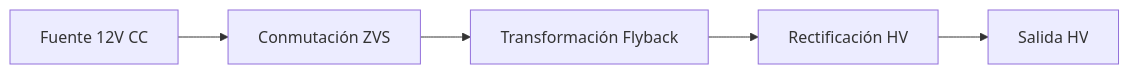
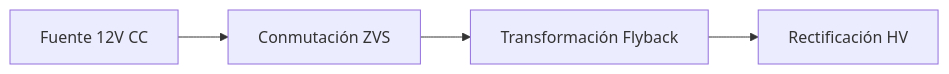
One commit to wabohorquezr/PEM changed the diagram in docs/fuente.md. Above: the diagram before and after it, drawn with Mermaid. The commit also changed other lines of this file, not shown here.

````diff
--- a/docs/fuente.md
+++ b/docs/fuente.md
@@ -11,7 +11,6 @@
 ```mermaid
 flowchart LR
 A[Fuente 12V CC] --> B[Conmutación ZVS]
 B --> C[Transformación Flyback]
 C --> D[Rectificación HV]
-D --> E[Salida HV]
 ```
````
